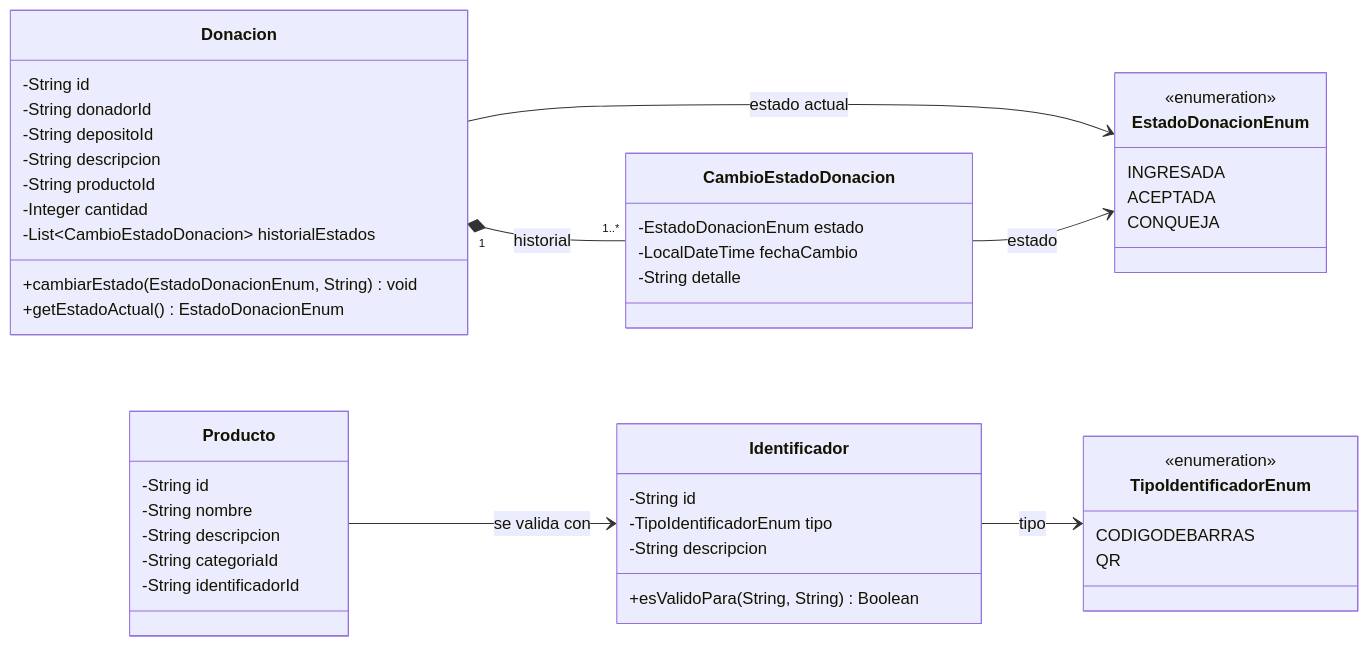
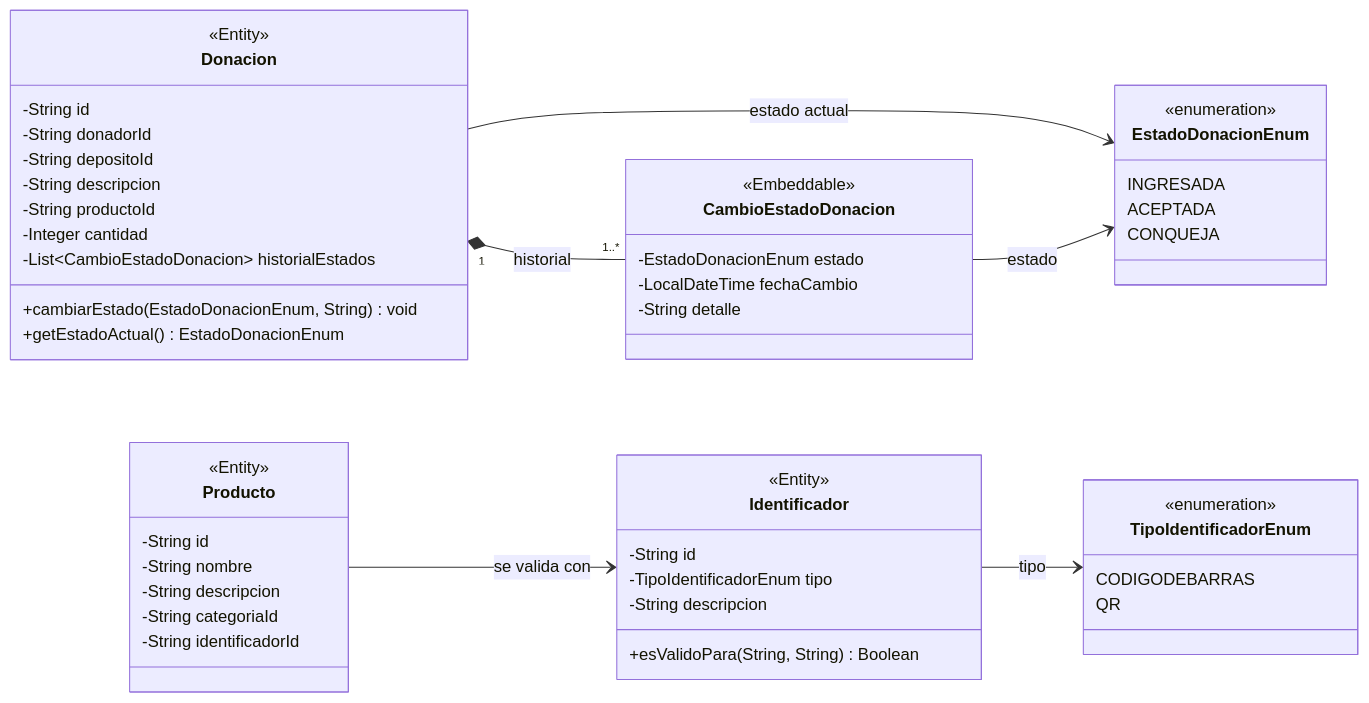
The diagram in docs/clases.md (2026-ddsi-tpa-diseno-en-beta/donaciones), drawn with Mermaid before and after one commit. The commit also changed other lines of this file and 30 other files, not shown here.

````diff
--- a/docs/clases.md
+++ b/docs/clases.md
@@ -7,56 +7,60 @@
 ```mermaid
 classDiagram
 direction LR
 
 class Donacion {
+  <<Entity>>
   -String id
   -String donadorId
   -String depositoId
   -String descripcion
   -String productoId
   -Integer cantidad
   -List~CambioEstadoDonacion~ historialEstados
   +cambiarEstado(EstadoDonacionEnum, String) void
   +getEstadoActual() EstadoDonacionEnum
 }
 
 class CambioEstadoDonacion {
+  <<Embeddable>>
   -EstadoDonacionEnum estado
   -LocalDateTime fechaCambio
   -String detalle
 }
 
 class Producto {
+  <<Entity>>
   -String id
   -String nombre
   -String descripcion
   -String categoriaId
   -String identificadorId
 }
 
 class Identificador {
+  <<Entity>>
   -String id
   -TipoIdentificadorEnum tipo
   -String descripcion
   +esValidoPara(String, String) Boolean
 }
 
 class EstadoDonacionEnum {
   <<enumeration>>
   INGRESADA
   ACEPTADA
   CONQUEJA
 }
 
 class TipoIdentificadorEnum {
   <<enumeration>>
   CODIGODEBARRAS
   QR
 }
 
 Donacion "1" *-- "1..*" CambioEstadoDonacion : historial
 Donacion --> EstadoDonacionEnum : estado actual
 CambioEstadoDonacion --> EstadoDonacionEnum : estado
 Producto --> Identificador : se valida con
 Identificador --> TipoIdentificadorEnum : tipo
 ```
````
